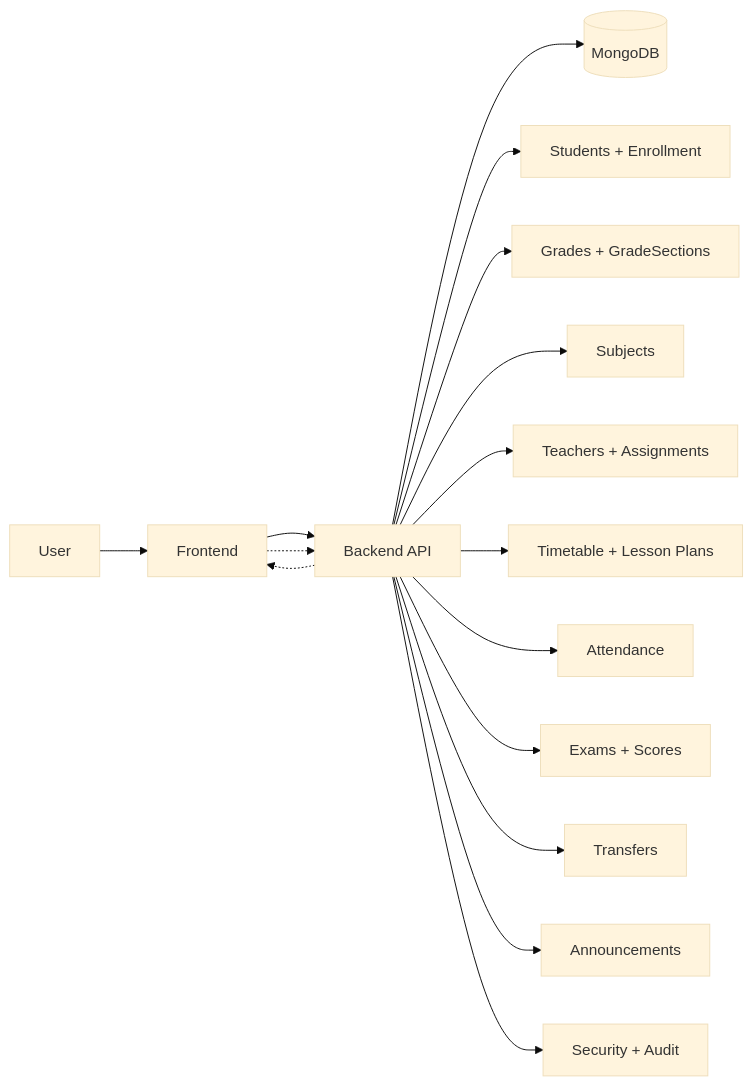
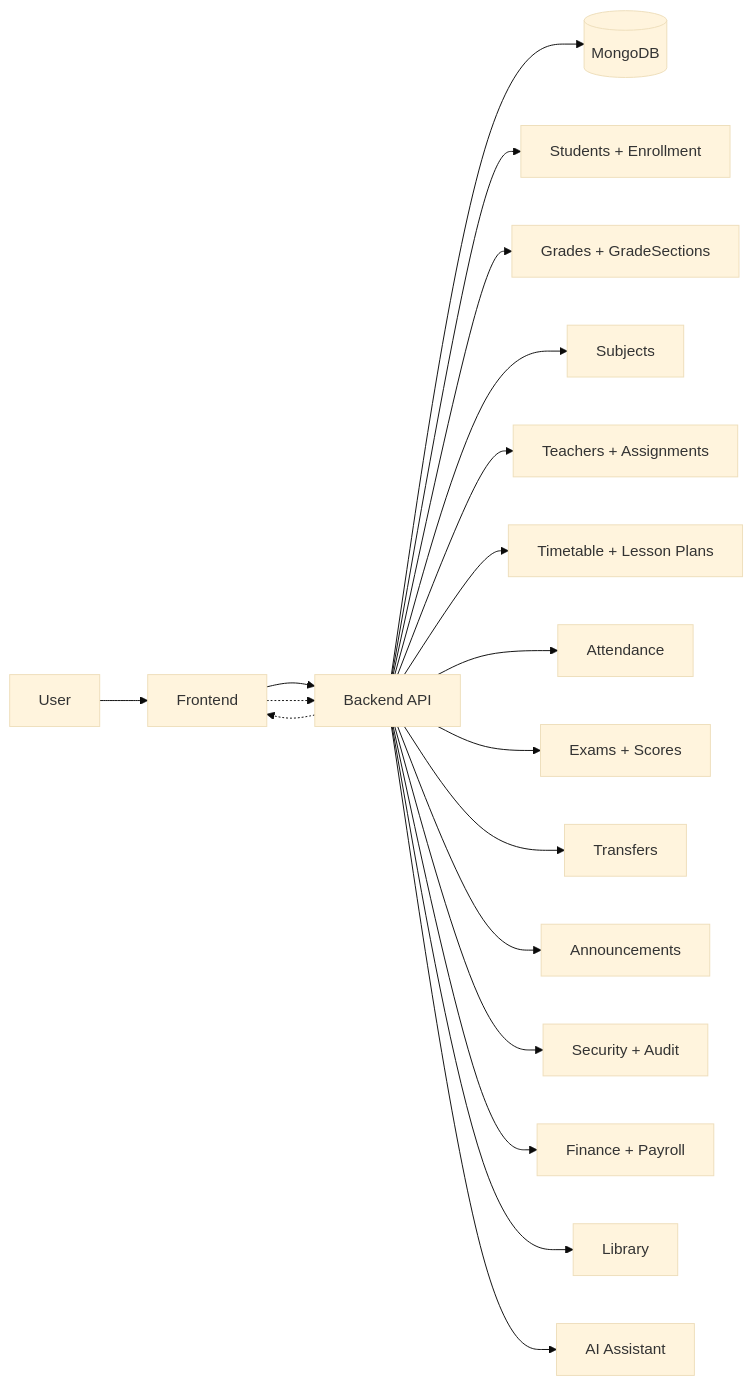
The first of 17 diagrams in docs/DIAGRAMS.md (khays62/nuuru-al-bayaan), drawn with Mermaid (base theme) before and after one commit. The commit also changed other lines of this file and 2 other files, not shown here.

Commit message:
docs: update diagrams

````diff
--- a/docs/DIAGRAMS.md
+++ b/docs/DIAGRAMS.md
@@ -9,36 +9,42 @@
 ```mermaid
 graph LR
   U[User]
   FE[Frontend]
   API[Backend API]
   DB[(MongoDB)]
 
   U --> FE
   FE --> API
   API --> DB
 
   FE -.-> API
   API -.-> FE
 
   D1[Students + Enrollment]
   D2[Grades + GradeSections]
   D3[Subjects]
   D4[Teachers + Assignments]
   D5[Timetable + Lesson Plans]
   D6[Attendance]
   D7[Exams + Scores]
   D8[Transfers]
   D9[Announcements]
   D10[Security + Audit]
+  D11[Finance + Payroll]
+  D12[Library]
+  D13[AI Assistant]
 
   API --> D1
   API --> D2
   API --> D3
   API --> D4
   API --> D5
   API --> D6
   API --> D7
   API --> D8
   API --> D9
   API --> D10
+  API --> D11
+  API --> D12
+  API --> D13
 ```
````
